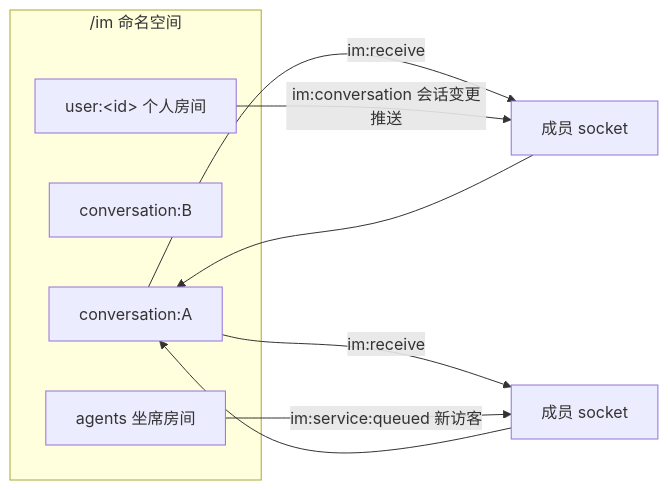
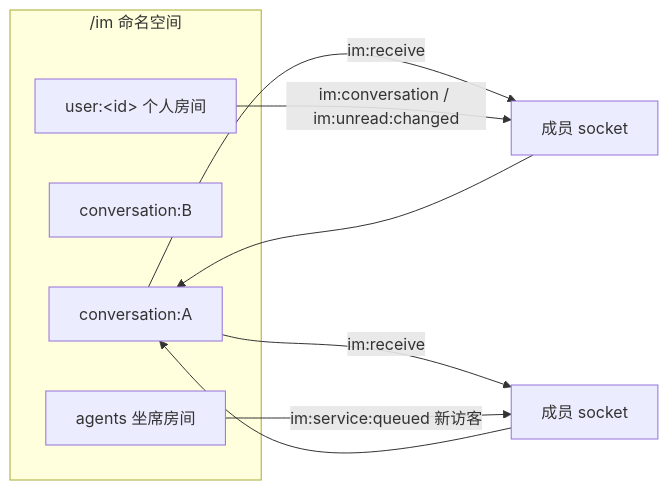
The third of 8 diagrams in docs/im.md (yiting001/E-sports-01), drawn with Mermaid before and after one commit. The commit also changed other lines of this file and 33 other files, not shown here.

````diff
--- a/docs/im.md
+++ b/docs/im.md
@@ -72,14 +72,14 @@
 ```mermaid
 flowchart LR
   subgraph ns["/im 命名空间"]
     C1["conversation:A"]
     C2["conversation:B"]
     U["user:&lt;id&gt; 个人房间"]
     AG["agents 坐席房间"]
   end
   S1[成员 socket] --> C1
   S2[成员 socket] --> C1
   C1 -->|im:receive| S1 & S2
-  U -->|im:conversation 会话变更推送| S1
+  U -->|im:conversation / im:unread:changed| S1
   AG -->|im:service:queued 新访客| S2
 ```
````
